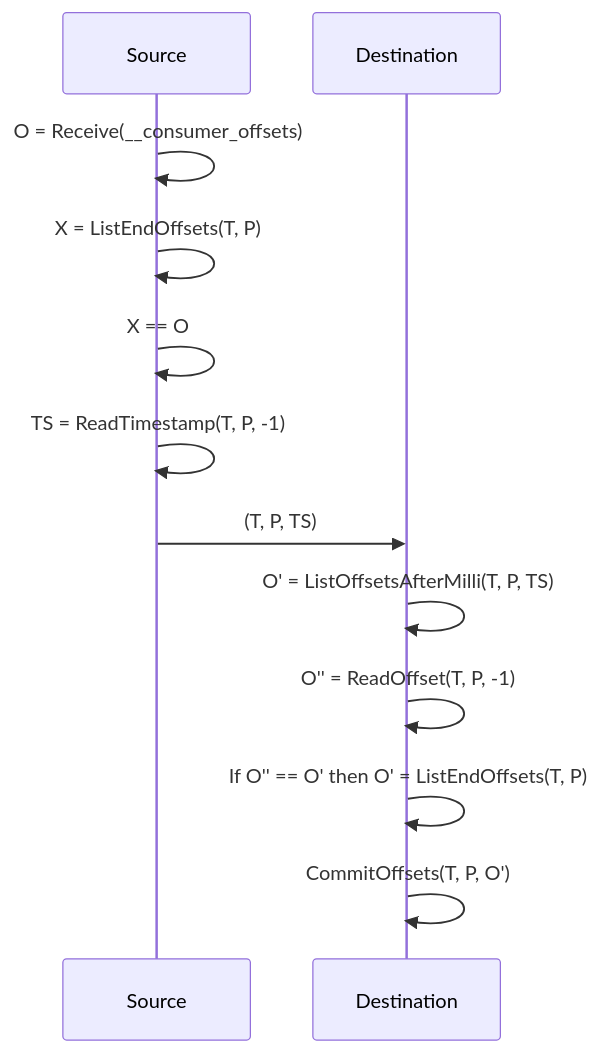
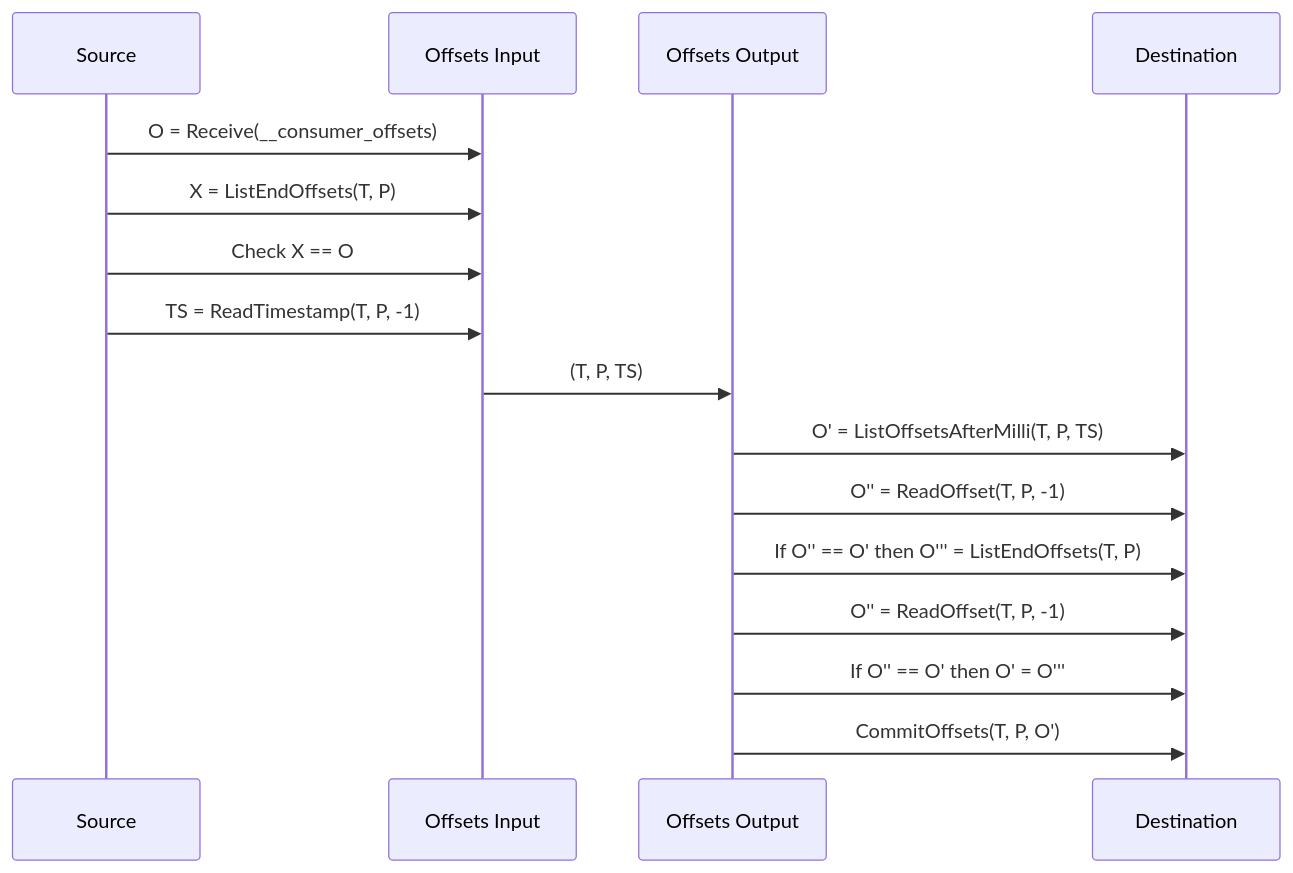
Before and after one commit to redpanda-data/connect: the second of 3 diagrams in internal/impl/kafka/enterprise/redpanda_migrator.md, drawn with Mermaid. The commit also changed other lines of this file, not shown here.

Commit message:
Update Redpanda Migrator diagrams

````diff
--- a/internal/impl/kafka/enterprise/redpanda_migrator.md
+++ b/internal/impl/kafka/enterprise/redpanda_migrator.md
@@ -34,12 +39,15 @@
 ```mermaid
 sequenceDiagram
-Source->>Source: O = Receive(__consumer_offsets)
-Source->>Source: X = ListEndOffsets(T, P)
-Source->>Source: X == O
-Source->>Source: TS = ReadTimestamp(T, P, -1)
-Source->>Destination: (T, P, TS)
-Destination->>Destination: O' = ListOffsetsAfterMilli(T, P, TS)
-Destination->>Destination: O'' = ReadOffset(T, P, -1)
-Destination->>Destination: If O'' == O' then O' = ListEndOffsets(T, P)
-Destination->>Destination: CommitOffsets(T, P, O')
+
+Source->>Offsets Input: O = Receive(__consumer_offsets)
+Source->>Offsets Input: X = ListEndOffsets(T, P)
+Source->>Offsets Input: Check X == O
+Source->>Offsets Input: TS = ReadTimestamp(T, P, -1)
+Offsets Input->>Offsets Output: (T, P, TS)
+Offsets Output->>Destination: O' = ListOffsetsAfterMilli(T, P, TS)
+Offsets Output->>Destination: O'' = ReadOffset(T, P, -1)
+Offsets Output->>Destination: If O'' == O' then O''' = ListEndOffsets(T, P)
+Offsets Output->>Destination: O'' = ReadOffset(T, P, -1)
+Offsets Output->>Destination: If O'' == O' then O' = O'''
+Offsets Output->>Destination: CommitOffsets(T, P, O')
 ```
````
